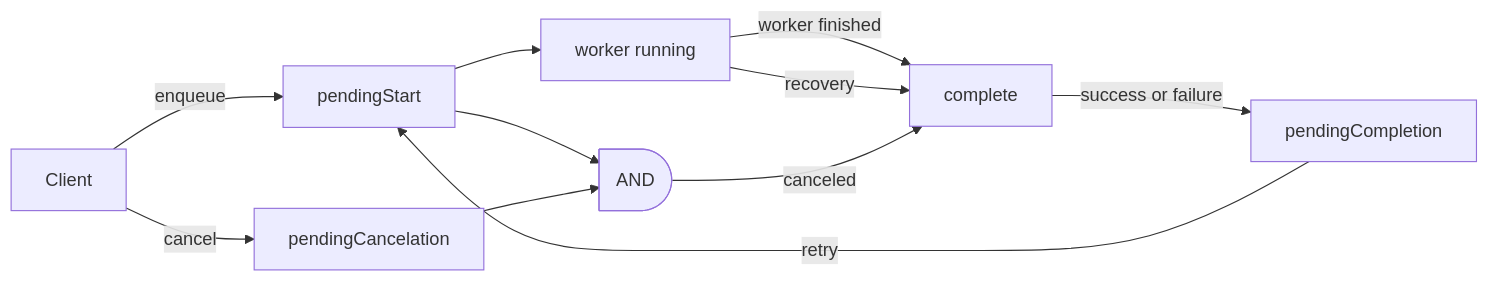
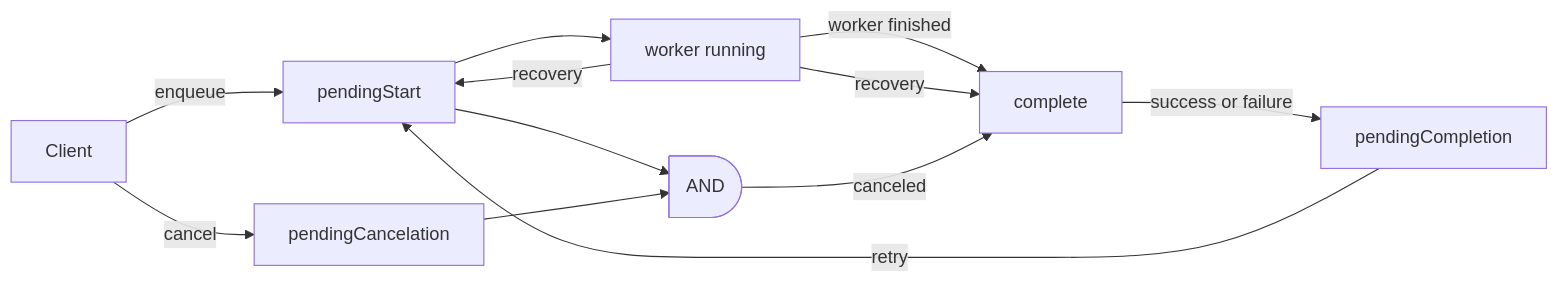
Before and after one commit to get-convex/workpool: the first of 2 diagrams in src/component/README.md, drawn with Mermaid. The commit also changed other lines of this file and 2 other files, not shown here.

Commit message:
re-enqueue stuck scheduled jobs in recovery

````diff
--- a/src/component/README.md
+++ b/src/component/README.md
@@ -24,13 +24,14 @@
 ```mermaid
 flowchart LR
     Client -->|enqueue| pendingStart
     Client -->|cancel| pendingCancelation
     complete --> |success or failure| pendingCompletion
     pendingCompletion -->|retry| pendingStart
     pendingStart --> workerRunning["worker running"]
     workerRunning -->|worker finished| complete
     workerRunning --> |recovery| complete
+    workerRunning --> |recovery| pendingStart
     successfulCancel["AND"]@{shape: delay} --> |canceled| complete
     pendingStart --> successfulCancel
     pendingCancelation --> successfulCancel
 ```
````
